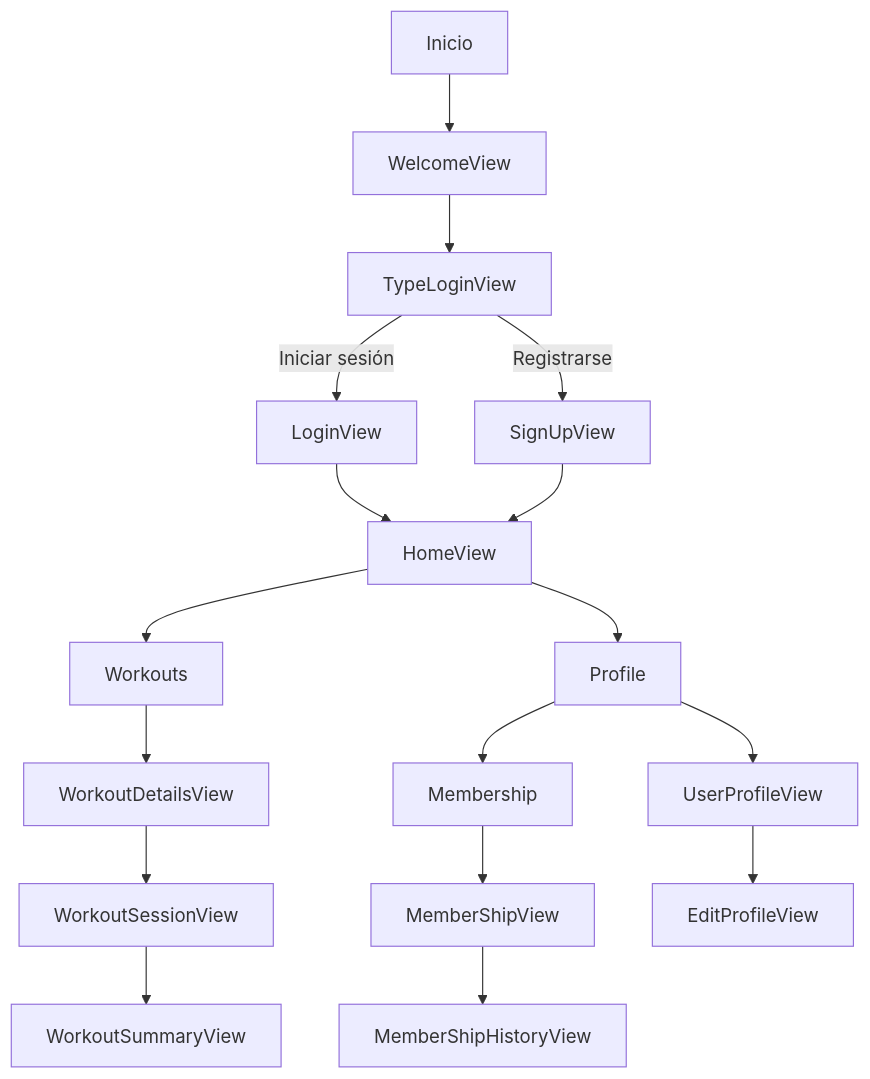
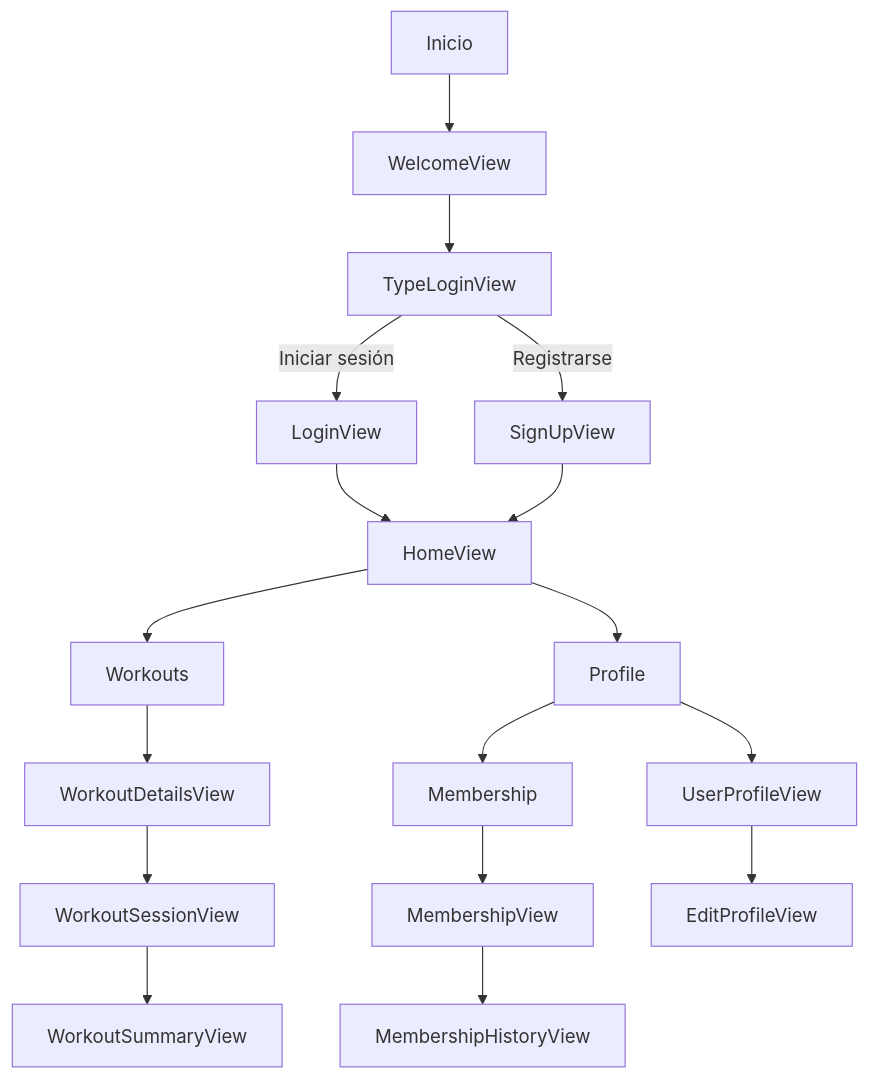
One commit to DevelopmentsEASOFT/Fitness_app_flutter changed the diagram in README.md. Above: the diagram before and after it, drawn with Mermaid. The commit also changed other lines of this file and 61 other files, not shown here.

````diff
--- a/README.md
+++ b/README.md
@@ -47,21 +47,21 @@
 ```mermaid
 ---
 config:
   layout: dagre
 ---
 flowchart TD
     A["Inicio"] --> B["WelcomeView"]
     B --> C["TypeLoginView"]
     C -- Iniciar sesión --> D["LoginView"]
     C -- Registrarse --> E["SignUpView"]
     D --> F["HomeView"]
     E --> F
     F --> G["Workouts"] & I["Profile"]
     G --> J["WorkoutDetailsView"]
     J --> K["WorkoutSessionView"]
     K --> L["WorkoutSummaryView"]
-    H["Membership"] --> M["MemberShipView"]
-    M --> N["MemberShipHistoryView"]
+    H["Membership"] --> M["MembershipView"]
+    M --> N["MembershipHistoryView"]
     I --> O["UserProfileView"] & H
     O --> P["EditProfileView"]
 ```
````
